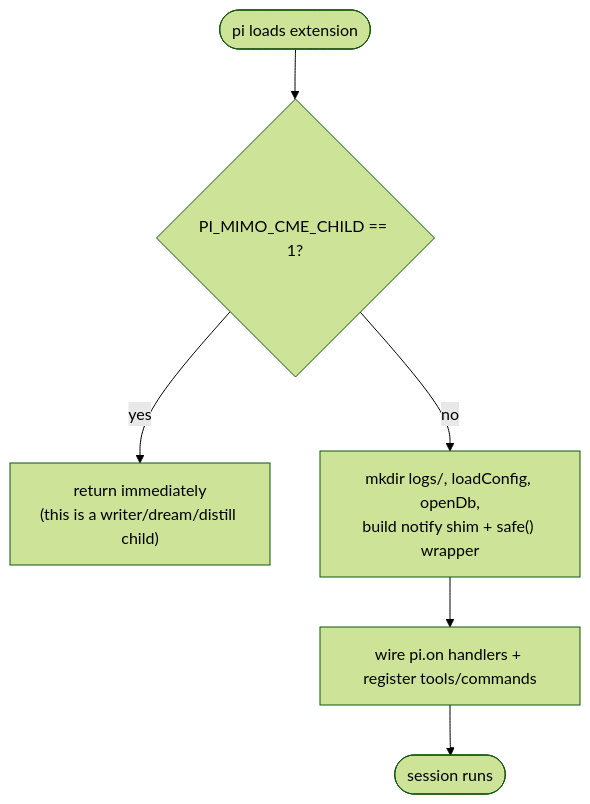
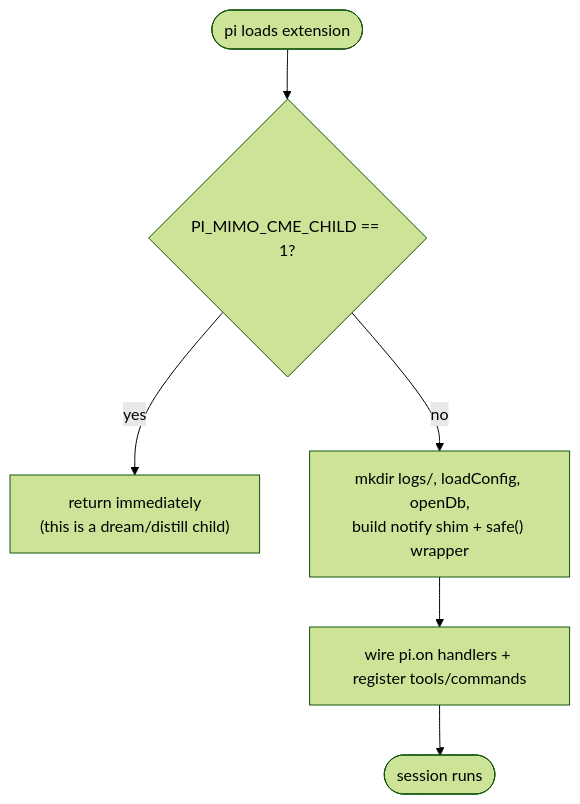
Before and after one commit to underactive/pi-mimo-cme: the second of 5 diagrams in docs/ONBOARDING-DEVS.md, drawn with Mermaid (forest theme). The commit also changed other lines of this file and 13 other files, not shown here.

````diff
--- a/docs/ONBOARDING-DEVS.md
+++ b/docs/ONBOARDING-DEVS.md
@@ -107,8 +107,8 @@
 ```mermaid
 flowchart TD
     start([pi loads extension]) --> guard{PI_MIMO_CME_CHILD == 1?}
-    guard -- yes --> noop["return immediately<br/>(this is a writer/dream/distill child)"]
+    guard -- yes --> noop["return immediately<br/>(this is a dream/distill child)"]
     guard -- no --> open["mkdir logs/, loadConfig, openDb,<br/>build notify shim + safe() wrapper"]
     open --> wire["wire pi.on handlers + register tools/commands"]
     wire --> live([session runs])
 ```
````
